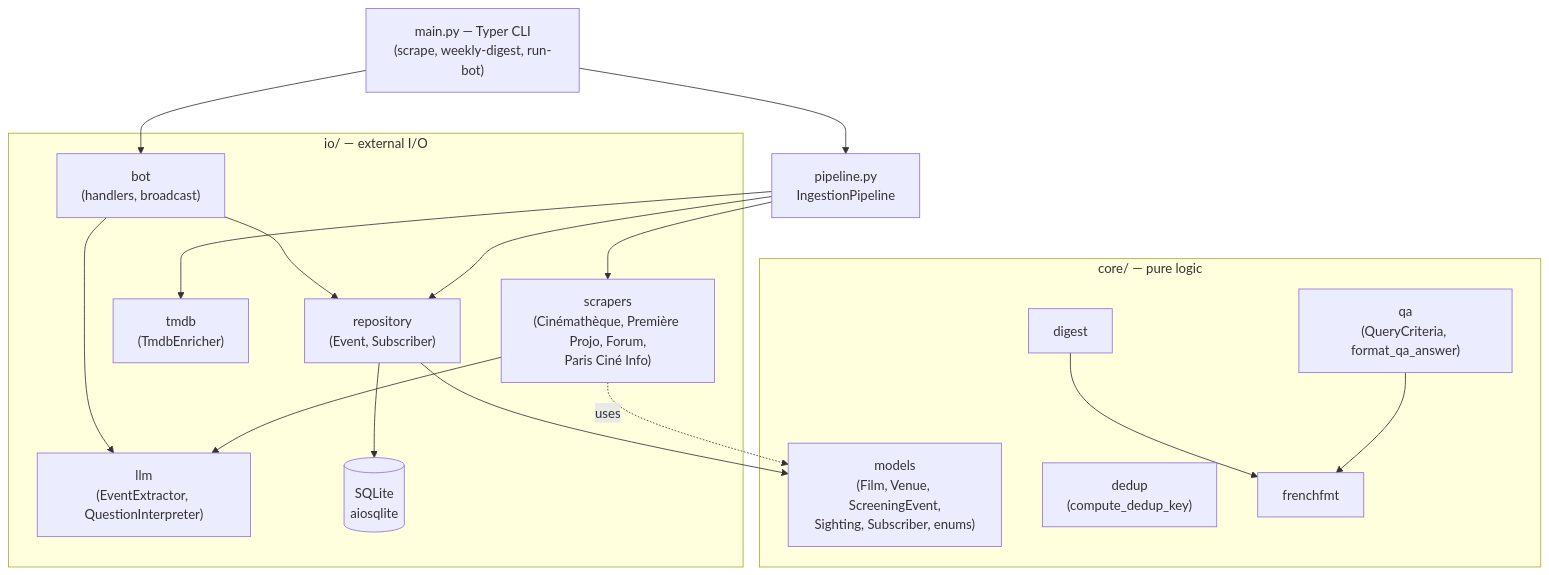
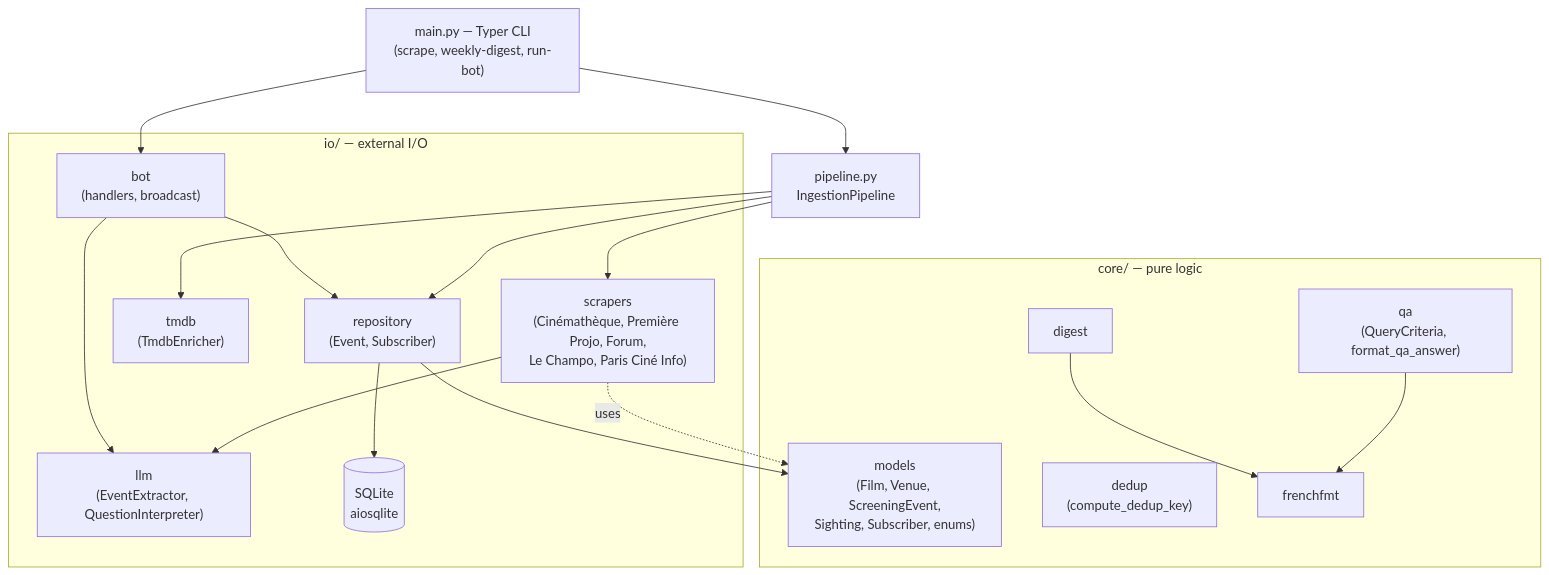
The first of 3 diagrams in docs/architecture.md (Pierrafrom/lanterne), drawn with Mermaid before and after one commit. The commit also changed 8 other files, not shown here.

First line of the commit message:
feat(scrapers): add Le Champo (ciné-clubs) source

````diff
--- a/docs/architecture.md
+++ b/docs/architecture.md
@@ -23,37 +23,37 @@
 ```mermaid
 flowchart TD
     CLI["main.py — Typer CLI<br/>(scrape, weekly-digest, run-bot)"]
 
     subgraph core["core/ — pure logic"]
         models["models<br/>(Film, Venue, ScreeningEvent,<br/>Sighting, Subscriber, enums)"]
         dedup["dedup<br/>(compute_dedup_key)"]
         qa["qa<br/>(QueryCriteria, format_qa_answer)"]
         digest["digest"]
         frenchfmt["frenchfmt"]
     end
 
     subgraph io["io/ — external I/O"]
-        scrapers["scrapers<br/>(Cinémathèque, Première Projo, Forum,<br/>Paris Ciné Info)"]
+        scrapers["scrapers<br/>(Cinémathèque, Première Projo, Forum,<br/>Le Champo, Paris Ciné Info)"]
         llm["llm<br/>(EventExtractor, QuestionInterpreter)"]
         tmdb["tmdb<br/>(TmdbEnricher)"]
         repo["repository<br/>(Event, Subscriber)"]
         db[("SQLite<br/>aiosqlite")]
         bot["bot<br/>(handlers, broadcast)"]
     end
 
     pipeline["pipeline.py<br/>IngestionPipeline"]
 
     CLI --> pipeline
     CLI --> bot
     pipeline --> scrapers
     pipeline --> tmdb
     pipeline --> repo
     scrapers --> llm
     repo --> db
     bot --> repo
     bot --> llm
     scrapers -.uses.-> models
     repo --> models
     qa --> frenchfmt
     digest --> frenchfmt
 ```
````
